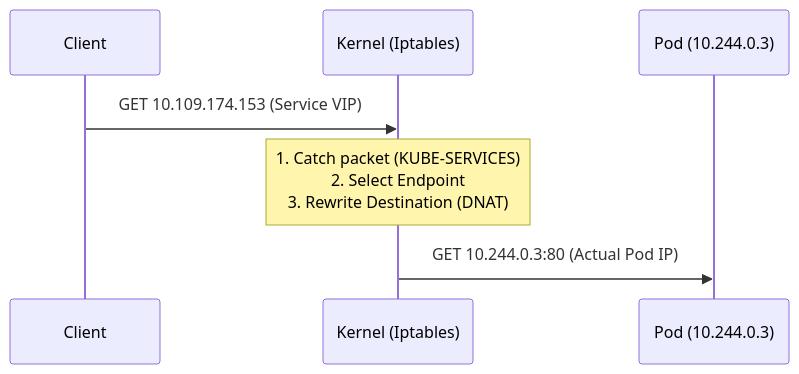
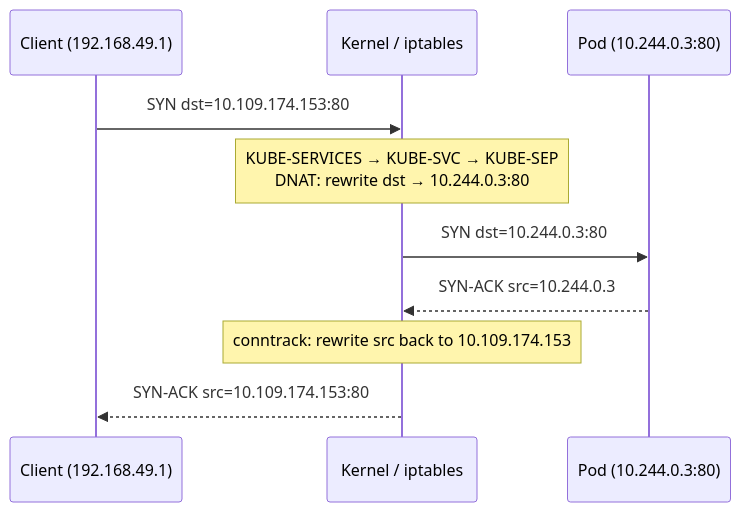
One commit to vinhnd20/vinhnd4 changed the eighth of 11 diagrams in blog/2026-03-18-pod/index.md. Above: the diagram before and after it, drawn with Mermaid. The commit also changed other lines of this file, not shown here.

````diff
--- a/blog/2026-03-18-pod/index.md
+++ b/blog/2026-03-18-pod/index.md
@@ -662,9 +620,12 @@
 ```mermaid
 sequenceDiagram
-    participant C as Client
-    participant K as Kernel (Iptables)
-    participant P as Pod (10.244.0.3)
-    C->>K: GET 10.109.174.153 (Service VIP)
-    Note over K: 1. Catch packet (KUBE-SERVICES)<br/>2. Select Endpoint<br/>3. Rewrite Destination (DNAT)
-    K->>P: GET 10.244.0.3:80 (Actual Pod IP)
+    participant C as Client (192.168.49.1)
+    participant K as Kernel / iptables
+    participant P as Pod (10.244.0.3:80)
+    C->>K: SYN dst=10.109.174.153:80
+    Note over K: KUBE-SERVICES → KUBE-SVC → KUBE-SEP<br/>DNAT: rewrite dst → 10.244.0.3:80
+    K->>P: SYN dst=10.244.0.3:80
+    P-->>K: SYN-ACK src=10.244.0.3
+    Note over K: conntrack: rewrite src back to 10.109.174.153
+    K-->>C: SYN-ACK src=10.109.174.153:80
 ```
````
